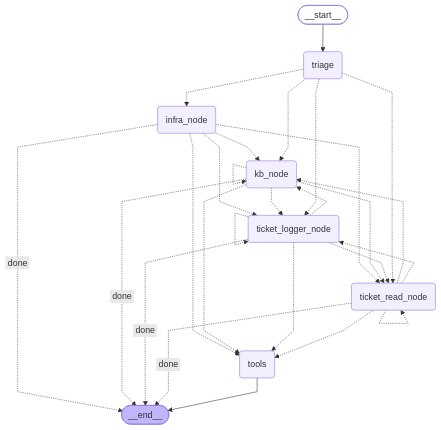
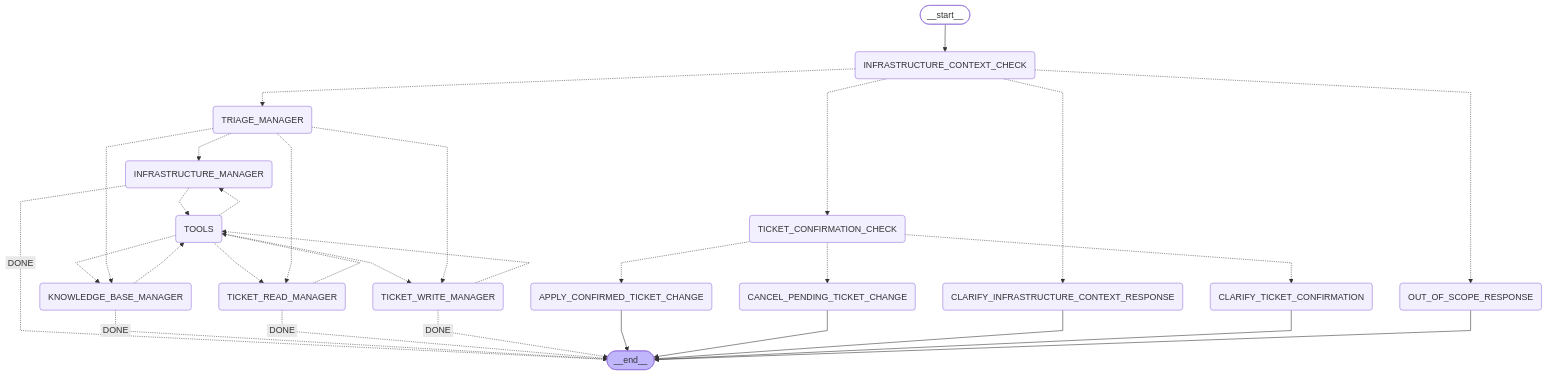
One commit to Deepak0511/opsPilot changed the diagram in docs/graph_output.md. Above: the diagram before and after it, drawn with Mermaid. The commit also changed other lines of this file and 1 other file, not shown here.

Commit message:
Presentation- update the graph

````diff
--- a/docs/graph_output.md
+++ b/docs/graph_output.md
@@ -8,46 +8,56 @@
 ```mermaid
 ---
 config:
   flowchart:
     curve: linear
 ---
 graph TD;
 	__start__([<p>__start__</p>]):::first
-	triage(triage)
-	kb_node(kb_node)
-	infra_node(infra_node)
-	ticket_read_node(ticket_read_node)
-	ticket_logger_node(ticket_logger_node)
-	tools(tools)
+	TRIAGE_MANAGER(TRIAGE_MANAGER)
+	KNOWLEDGE_BASE_MANAGER(KNOWLEDGE_BASE_MANAGER)
+	INFRASTRUCTURE_MANAGER(INFRASTRUCTURE_MANAGER)
+	TICKET_READ_MANAGER(TICKET_READ_MANAGER)
+	TICKET_WRITE_MANAGER(TICKET_WRITE_MANAGER)
+	TOOLS(TOOLS)
+	INFRASTRUCTURE_CONTEXT_CHECK(INFRASTRUCTURE_CONTEXT_CHECK)
+	OUT_OF_SCOPE_RESPONSE(OUT_OF_SCOPE_RESPONSE)
+	CLARIFY_INFRASTRUCTURE_CONTEXT_RESPONSE(CLARIFY_INFRASTRUCTURE_CONTEXT_RESPONSE)
+	TICKET_CONFIRMATION_CHECK(TICKET_CONFIRMATION_CHECK)
+	CANCEL_PENDING_TICKET_CHANGE(CANCEL_PENDING_TICKET_CHANGE)
+	CLARIFY_TICKET_CONFIRMATION(CLARIFY_TICKET_CONFIRMATION)
+	APPLY_CONFIRMED_TICKET_CHANGE(APPLY_CONFIRMED_TICKET_CHANGE)
 	__end__([<p>__end__</p>]):::last
-	__start__ --> triage;
-	infra_node -. &nbsp;done&nbsp; .-> __end__;
-	infra_node -.-> kb_node;
-	infra_node -.-> ticket_logger_node;
-	infra_node -.-> ticket_read_node;
-	infra_node -.-> tools;
-	kb_node -. &nbsp;done&nbsp; .-> __end__;
-	kb_node -.-> ticket_logger_node;
-	kb_node -.-> ticket_read_node;
-	kb_node -.-> tools;
-	ticket_logger_node -. &nbsp;done&nbsp; .-> __end__;
-	ticket_logger_node -.-> kb_node;
-	ticket_logger_node -.-> ticket_read_node;
-	ticket_logger_node -.-> tools;
-	ticket_read_node -. &nbsp;done&nbsp; .-> __end__;
-	ticket_read_node -.-> kb_node;
-	ticket_read_node -.-> ticket_logger_node;
-	ticket_read_node -.-> tools;
-	triage -.-> infra_node;
-	triage -.-> kb_node;
-	triage -.-> ticket_logger_node;
-	triage -.-> ticket_read_node;
-	tools --> __end__;
-	kb_node -.-> kb_node;
-	ticket_logger_node -.-> ticket_logger_node;
-	ticket_read_node -.-> ticket_read_node;
+	INFRASTRUCTURE_CONTEXT_CHECK -.-> CLARIFY_INFRASTRUCTURE_CONTEXT_RESPONSE;
+	INFRASTRUCTURE_CONTEXT_CHECK -.-> OUT_OF_SCOPE_RESPONSE;
+	INFRASTRUCTURE_CONTEXT_CHECK -.-> TICKET_CONFIRMATION_CHECK;
+	INFRASTRUCTURE_CONTEXT_CHECK -.-> TRIAGE_MANAGER;
+	INFRASTRUCTURE_MANAGER -.-> TOOLS;
+	INFRASTRUCTURE_MANAGER -. &nbsp;DONE&nbsp; .-> __end__;
+	KNOWLEDGE_BASE_MANAGER -.-> TOOLS;
+	KNOWLEDGE_BASE_MANAGER -. &nbsp;DONE&nbsp; .-> __end__;
+	TICKET_CONFIRMATION_CHECK -.-> APPLY_CONFIRMED_TICKET_CHANGE;
+	TICKET_CONFIRMATION_CHECK -.-> CANCEL_PENDING_TICKET_CHANGE;
+	TICKET_CONFIRMATION_CHECK -.-> CLARIFY_TICKET_CONFIRMATION;
+	TICKET_READ_MANAGER -.-> TOOLS;
+	TICKET_READ_MANAGER -. &nbsp;DONE&nbsp; .-> __end__;
+	TICKET_WRITE_MANAGER -.-> TOOLS;
+	TICKET_WRITE_MANAGER -. &nbsp;DONE&nbsp; .-> __end__;
+	TOOLS -.-> INFRASTRUCTURE_MANAGER;
+	TOOLS -.-> KNOWLEDGE_BASE_MANAGER;
+	TOOLS -.-> TICKET_READ_MANAGER;
+	TOOLS -.-> TICKET_WRITE_MANAGER;
+	TRIAGE_MANAGER -.-> INFRASTRUCTURE_MANAGER;
+	TRIAGE_MANAGER -.-> KNOWLEDGE_BASE_MANAGER;
+	TRIAGE_MANAGER -.-> TICKET_READ_MANAGER;
+	TRIAGE_MANAGER -.-> TICKET_WRITE_MANAGER;
+	__start__ --> INFRASTRUCTURE_CONTEXT_CHECK;
+	APPLY_CONFIRMED_TICKET_CHANGE --> __end__;
+	CANCEL_PENDING_TICKET_CHANGE --> __end__;
+	CLARIFY_INFRASTRUCTURE_CONTEXT_RESPONSE --> __end__;
+	CLARIFY_TICKET_CONFIRMATION --> __end__;
+	OUT_OF_SCOPE_RESPONSE --> __end__;
 	classDef default fill:#f2f0ff,line-height:1.2
 	classDef first fill-opacity:0
 	classDef last fill:#bfb6fc
 
 ```
````
